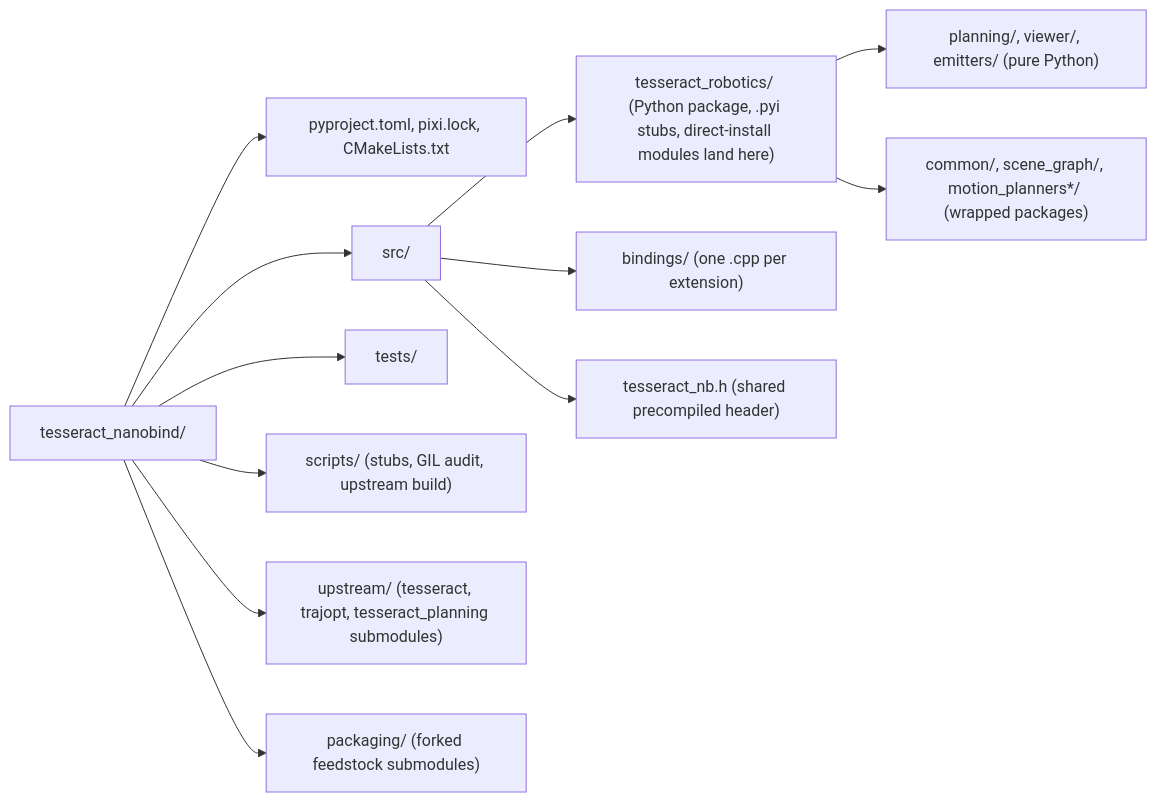
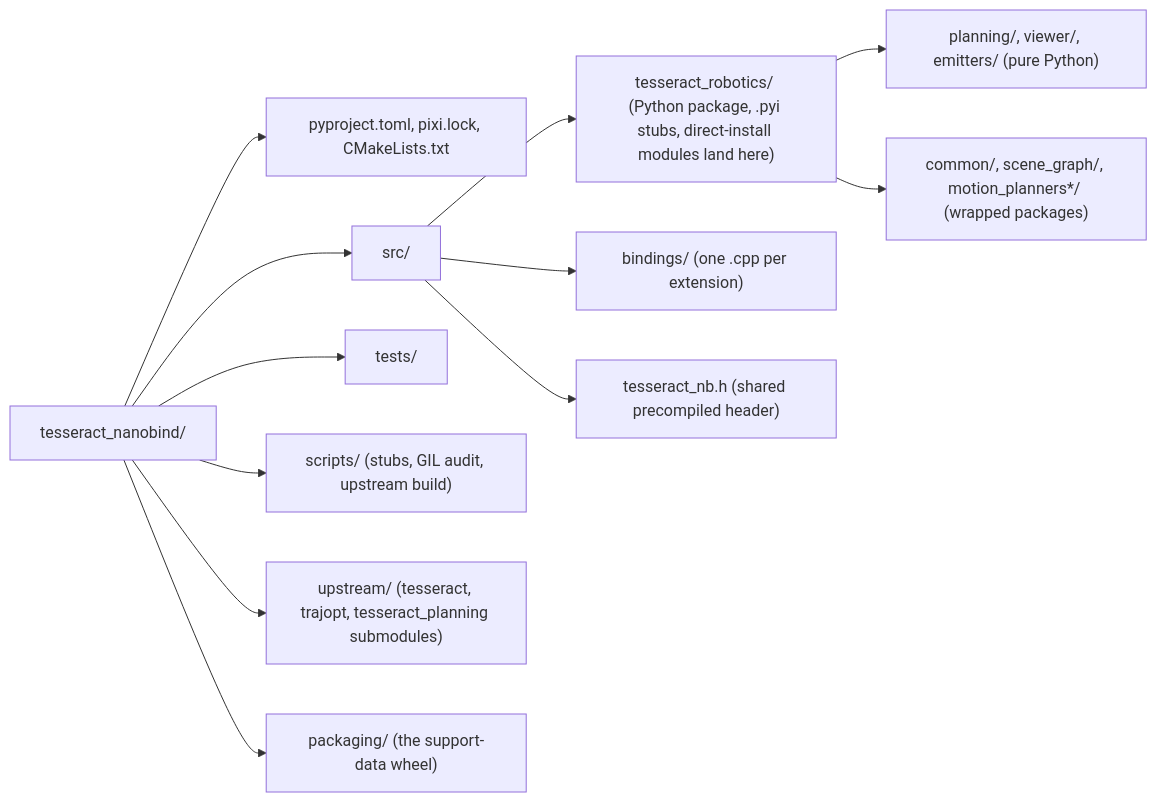
One commit to tesseract-robotics/tesseract_nanobind changed the fourth of 4 diagrams in docs/developer/index.md. Above: the diagram before and after it, drawn with Mermaid. The commit also changed other lines of this file and 8 other files, not shown here.

First line of the commit message:
build: remove the conda tesseract path (feedstock submodules, build-feedstock tasks, packaged env)

````diff
--- a/docs/developer/index.md
+++ b/docs/developer/index.md
@@ -244,15 +244,15 @@
 ```mermaid
 graph LR
     root["tesseract_nanobind/"]
     root --> cfg["pyproject.toml, pixi.lock, CMakeLists.txt"]
     root --> src["src/"]
     root --> tests["tests/"]
     root --> scripts["scripts/ (stubs, GIL audit, upstream build)"]
     root --> up["upstream/ (tesseract, trajopt, tesseract_planning submodules)"]
-    root --> pk["packaging/ (forked feedstock submodules)"]
+    root --> pk["packaging/ (the support-data wheel)"]
     src --> pkg["tesseract_robotics/ (Python package, .pyi stubs, direct-install modules land here)"]
     src --> bind["bindings/ (one <module>.cpp per extension)"]
     src --> hdr["tesseract_nb.h (shared precompiled header)"]
     pkg --> pl["planning/, viewer/, emitters/ (pure Python)"]
     pkg --> wr["common/, scene_graph/, motion_planners*/ (wrapped packages)"]
 ```
````
